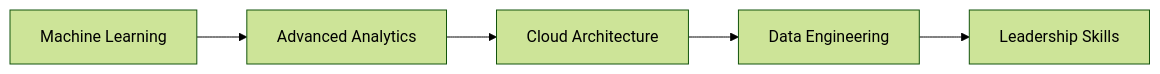
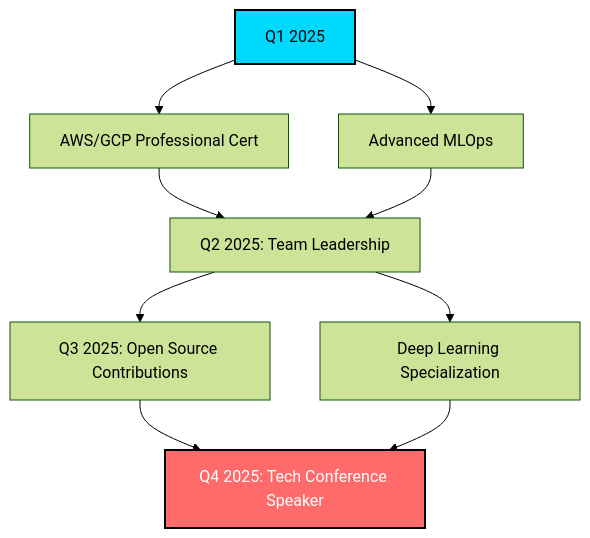
Before and after one commit to ItaloFabioSinisiQ/ItaloFabioSinisiQ: the diagram in README.md, drawn with Mermaid (forest theme). The commit also changed other lines of this file, not shown here.

````diff
--- a/README.md
+++ b/README.md
@@ -133,7 +175,14 @@
 ```mermaid
-graph LR
-    A[Machine Learning] --> B[Advanced Analytics]
-    B --> C[Cloud Architecture]
-    C --> D[Data Engineering]
-    D --> E[Leadership Skills]
+graph TD
+    A[Q1 2025] --> B[AWS/GCP Professional Cert]
+    A --> C[Advanced MLOps]
+    B --> D[Q2 2025: Team Leadership]
+    C --> D
+    D --> E[Q3 2025: Open Source Contributions]
+    D --> F[Deep Learning Specialization]
+    E --> G[Q4 2025: Tech Conference Speaker]
+    F --> G
+    
+    style A fill:#00D9FF,stroke:#000,stroke-width:2px,color:#000
+    style G fill:#FF6B6B,stroke:#000,stroke-width:2px,color:#fff
 ```
````
